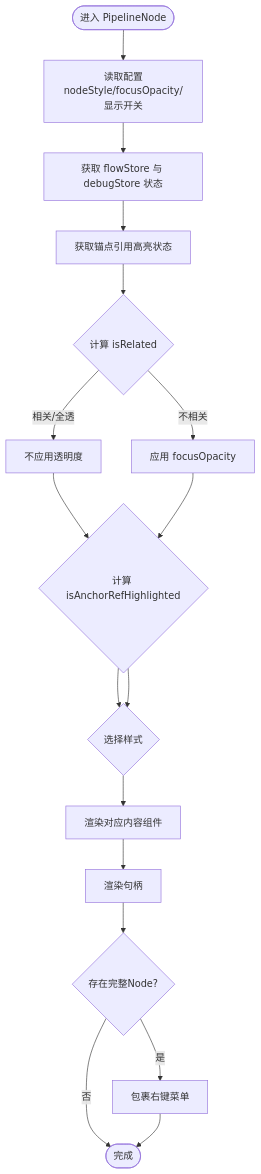
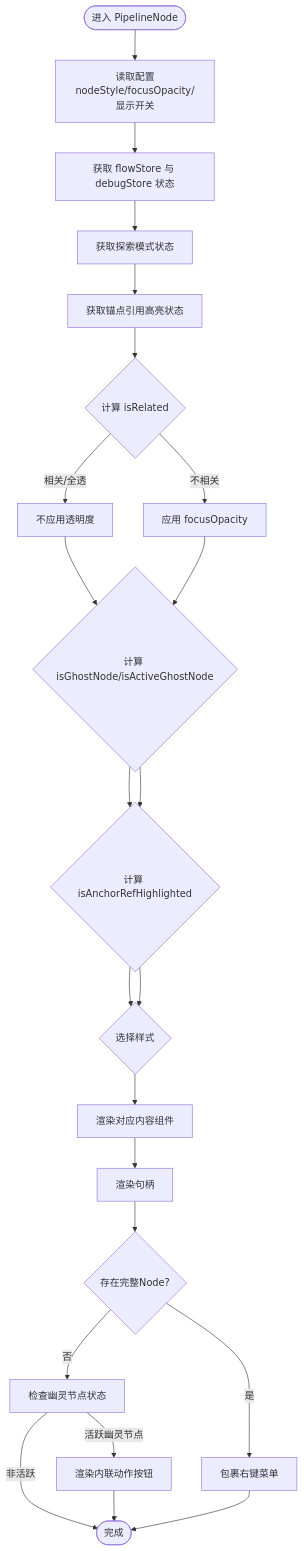
One commit to kqcoxn/MaaPipelineEditor changed the third of 11 diagrams in .qoder/repowiki/zh/content/核心概念/节点系统/Pipeline节点.md. Above: the diagram before and after it, drawn with Mermaid. The commit also changed other lines of this file and 8 other files, not shown here.

````diff
--- a/.qoder/repowiki/zh/content/核心概念/节点系统/Pipeline节点.md
+++ b/.qoder/repowiki/zh/content/核心概念/节点系统/Pipeline节点.md
@@ -180,19 +197,25 @@
 ```mermaid
 flowchart TD
 Start(["进入 PipelineNode"]) --> ReadCfg["读取配置<br/>nodeStyle/focusOpacity/显示开关"]
 ReadCfg --> GetState["获取 flowStore 与 debugStore 状态"]
-GetState --> GetAnchorRef["获取锚点引用高亮状态"]
+GetState --> GetGhost["获取探索模式状态"]
+GetGhost --> GetAnchorRef["获取锚点引用高亮状态"]
 GetAnchorRef --> CalcRelate{"计算 isRelated"}
 CalcRelate --> |相关/全透| Opacity1["不应用透明度"]
 CalcRelate --> |不相关| Opacity2["应用 focusOpacity"]
-Opacity1 --> CalcAnchor{"计算 isAnchorRefHighlighted"}
-Opacity2 --> CalcAnchor
+Opacity1 --> CalcGhost{"计算 isGhostNode/isActiveGhostNode"}
+Opacity2 --> CalcGhost
+CalcGhost --> CalcAnchor{"计算 isAnchorRefHighlighted"}
+CalcGhost --> CalcAnchor
 CalcAnchor --> ChooseStyle{"选择样式"}
 CalcAnchor --> ChooseStyle
 ChooseStyle --> RenderContent["渲染对应内容组件"]
 RenderContent --> Handles["渲染句柄"]
 Handles --> Menu{"存在完整Node?"}
 Menu --> |是| WrapMenu["包裹右键菜单"]
-Menu --> |否| End(["完成"])
+Menu --> |否| Actions["检查幽灵节点状态"]
+Actions --> |活跃幽灵节点| RenderActions["渲染内联动作按钮"]
+Actions --> |非活跃| End(["完成"])
+RenderActions --> End
 WrapMenu --> End
 ```
````
